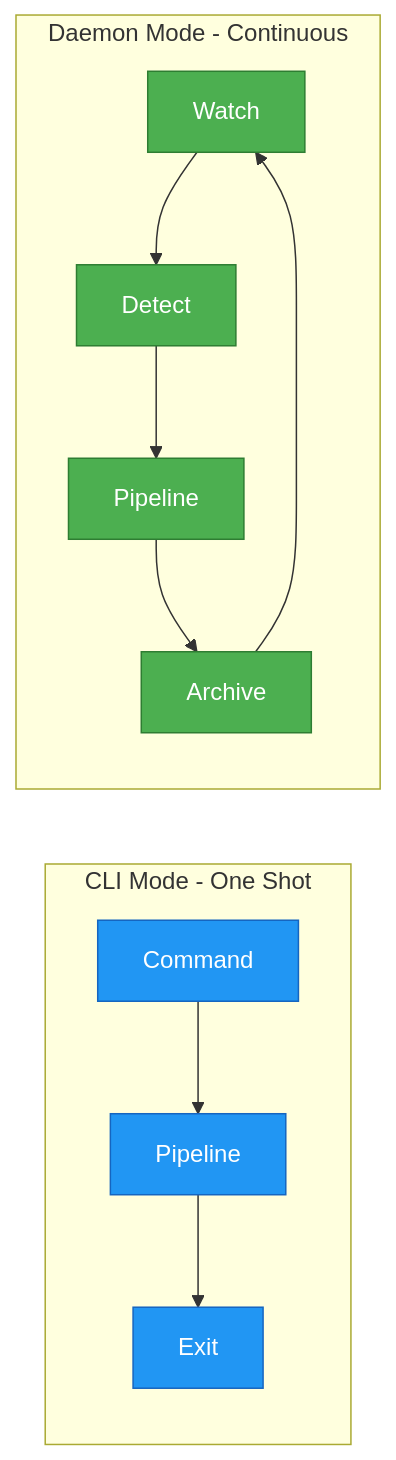
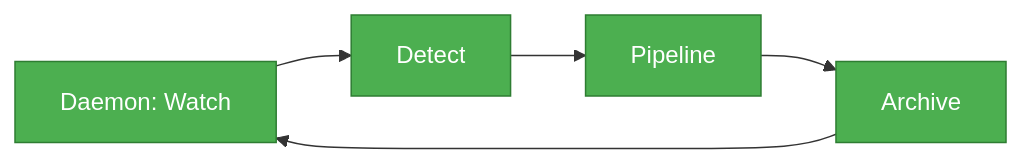
Before and after one commit to ssahani/hyper2kvm: the ninth of 9 diagrams in docs/presentation/pipeline-architecture.md, drawn with Mermaid. The commit also changed other lines of this file, not shown here.

Commit message:
fix: Split CLI/Daemon subgraph into separate diagrams
- Remove nested subgraphs (not supported well on GitHub)
- Split into two separate diagrams for better rendering
- Each mode now has its own clear diagram

````diff
--- a/docs/presentation/pipeline-architecture.md
+++ b/docs/presentation/pipeline-architecture.md
@@ -369,19 +379,10 @@
 ```mermaid
 graph LR
-    subgraph CLI_MODE[CLI Mode - One Shot]
-        C1[Command] --> C2[Pipeline] --> C3[Exit]
-    end
+    D1[Daemon: Watch] --> D2[Detect]
+    D2 --> D3[Pipeline]
+    D3 --> D4[Archive]
+    D4 --> D1
 
-    subgraph DAEMON_MODE[Daemon Mode - Continuous]
-        D1[Watch] --> D2[Detect]
-        D2 --> D3[Pipeline]
-        D3 --> D4[Archive]
-        D4 --> D1
-    end
-
-    classDef cli fill:#2196F3,stroke:#1565C0,color:#fff
     classDef daemon fill:#4CAF50,stroke:#2E7D32,color:#fff
-
-    class C1,C2,C3 cli
     class D1,D2,D3,D4 daemon
 ```
````
